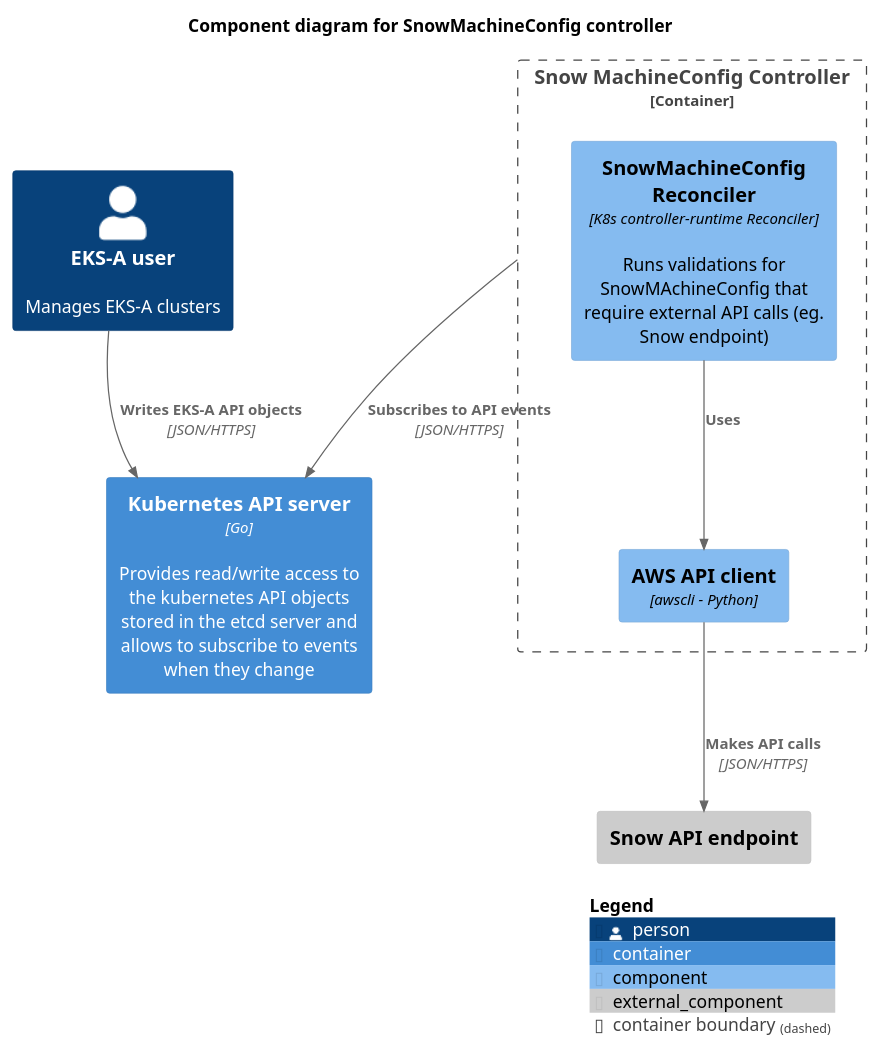
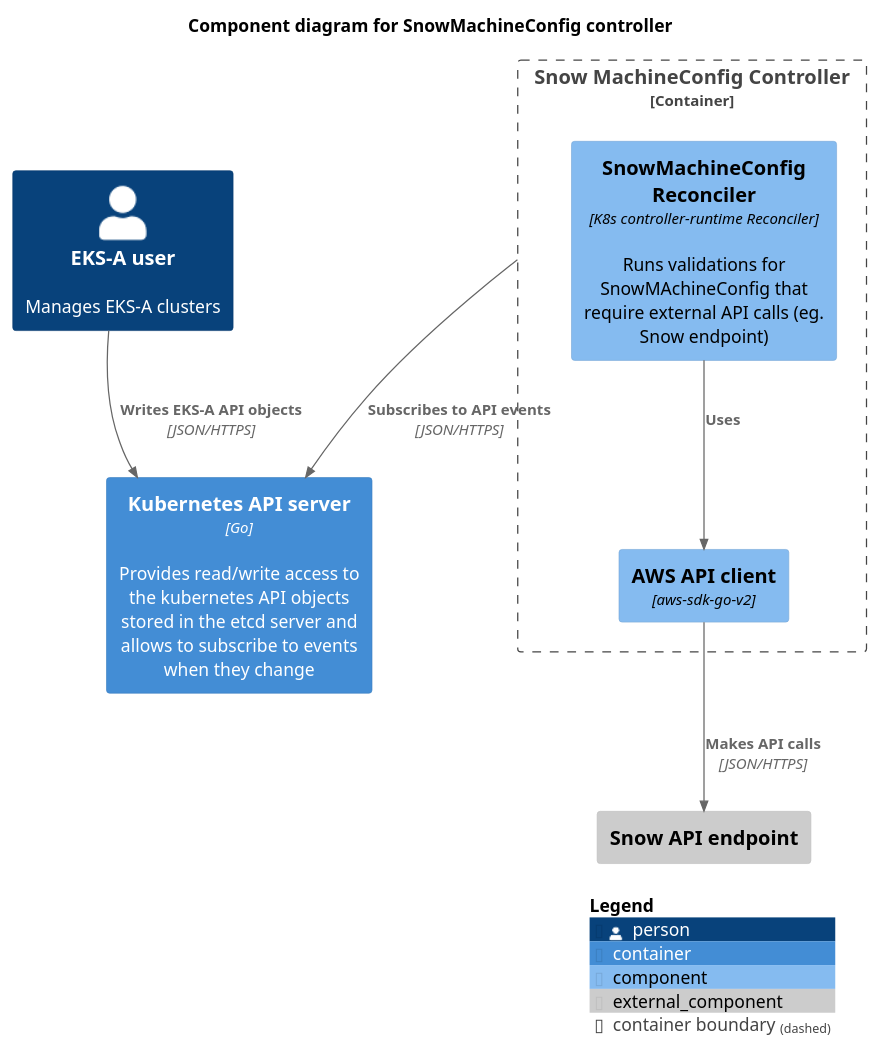
Before and after one commit to aws/eks-anywhere: the diagram in designs/images/snowmachineconfig-controller-container-components.puml, drawn with PlantUML. The commit also changed 3 other files, not shown here.

```diff
--- a/designs/images/snowmachineconfig-controller-container-components.puml
+++ b/designs/images/snowmachineconfig-controller-container-components.puml
@@ -1,24 +1,24 @@
 @startuml snowmachineconfig-controller-container-components
 !include https://raw.githubusercontent.com/plantuml-stdlib/C4-PlantUML/master/C4_Component.puml
 
 title Component diagram for SnowMachineConfig controller
 
 Person(user, "EKS-A user", "Manages EKS-A clusters")
 Container(kubeApiServer, "Kubernetes API server", "Go", "Provides read/write access to the kubernetes API objects stored in the etcd server and allows to subscribe to events when they change")
 
 Container_Boundary(snowMachineConfigController, "Snow MachineConfig Controller") {
     Component(snowMachineConfigReconciler, "SnowMachineConfig Reconciler", "K8s controller-runtime Reconciler", "Runs validations for SnowMAchineConfig that require external API calls (eg. Snow endpoint)")
-    Component(awsCli, "AWS API client", "awscli - Python")
+    Component(awsClient, "AWS API client", "aws-sdk-go-v2")
 
-    Rel(snowMachineConfigReconciler, awsCli, "Uses")
+    Rel(snowMachineConfigReconciler, awsClient, "Uses")
 }
 
 Component_Ext(snowAPI, "Snow API endpoint")
-Rel(awsCli, snowAPI, "Makes API calls", "JSON/HTTPS")
+Rel(awsClient, snowAPI, "Makes API calls", "JSON/HTTPS")
 
 Rel(user, kubeApiServer, "Writes EKS-A API objects", "JSON/HTTPS")
 
 Rel(snowMachineConfigController, kubeApiServer, "Subscribes to API events", "JSON/HTTPS")
 
 SHOW_LEGEND()
 @enduml
```
